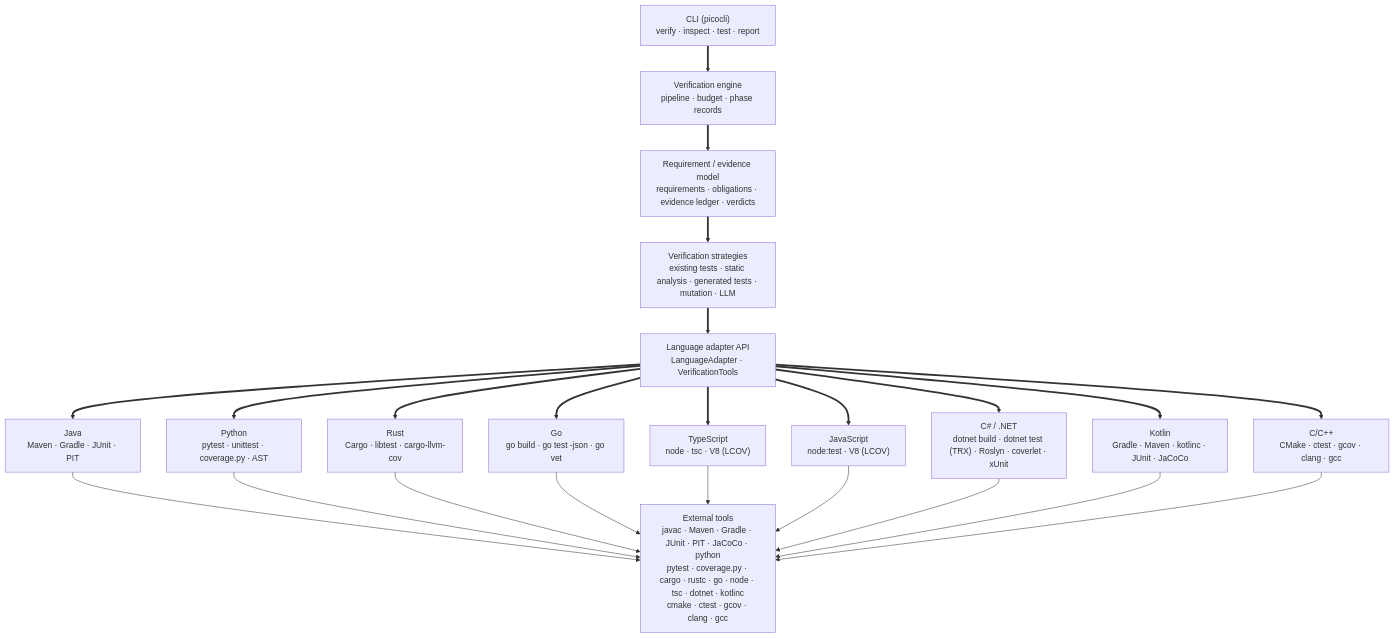
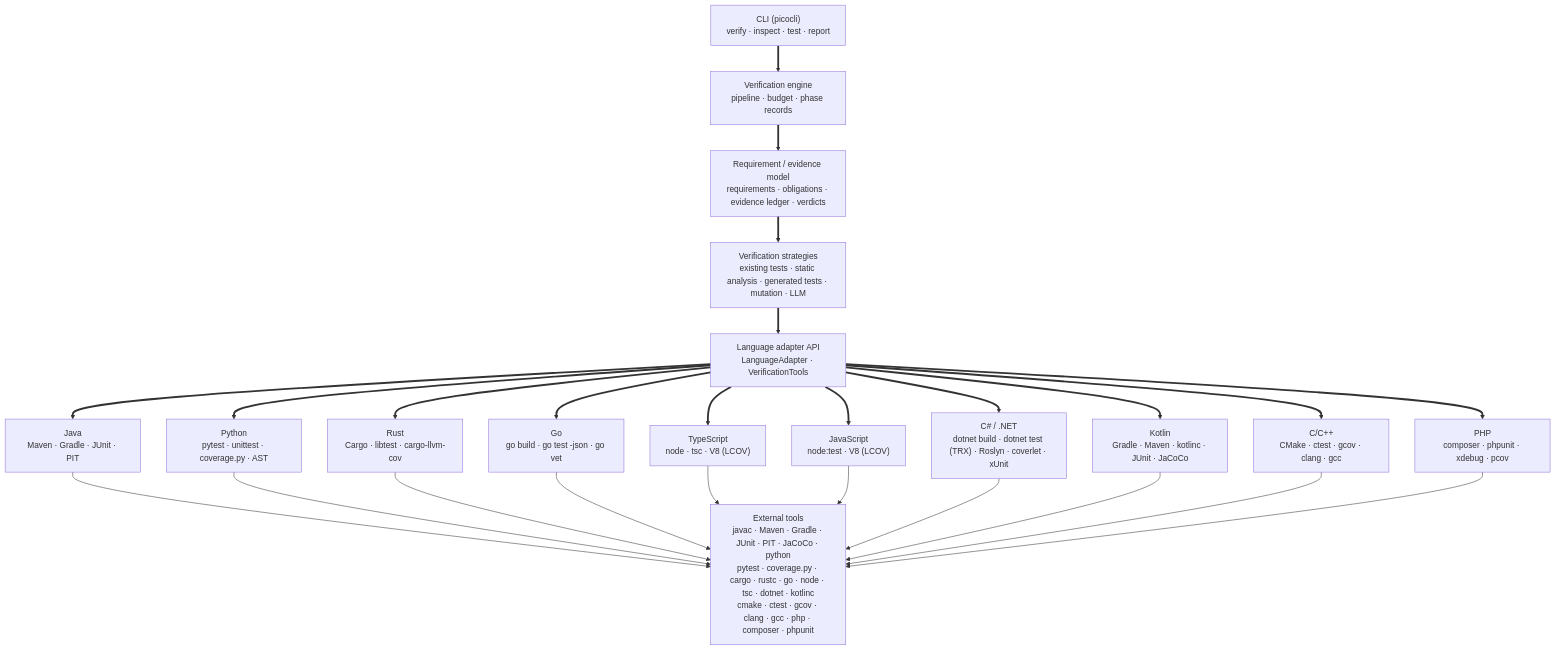
Before and after one commit to thread3d/codewitness: the diagram in ARCHITECTURE.md, drawn with Mermaid. The commit also changed other lines of this file and 64 other files, not shown here.

````diff
--- a/ARCHITECTURE.md
+++ b/ARCHITECTURE.md
@@ -37,40 +37,43 @@
 ```mermaid
 flowchart TD
     CLI["CLI (picocli)<br/>verify · inspect · test · report"]
     ENGINE["Verification engine<br/>pipeline · budget · phase records"]
     MODEL["Requirement / evidence model<br/>requirements · obligations · evidence ledger · verdicts"]
     STRATEGIES["Verification strategies<br/>existing tests · static analysis · generated tests · mutation · LLM"]
     SPI["Language adapter API<br/>LanguageAdapter · VerificationTools"]
 
     JAVA["Java<br/>Maven · Gradle · JUnit · PIT"]
     PYTHON["Python<br/>pytest · unittest · coverage.py · AST"]
     RUST["Rust<br/>Cargo · libtest · cargo-llvm-cov"]
     GO["Go<br/>go build · go test -json · go vet"]
     TS["TypeScript<br/>node · tsc · V8 (LCOV)"]
     JS["JavaScript<br/>node:test · V8 (LCOV)"]
     CSHARP["C# / .NET<br/>dotnet build · dotnet test (TRX) · Roslyn · coverlet · xUnit"]
     KOTLIN["Kotlin<br/>Gradle · Maven · kotlinc · JUnit · JaCoCo"]
     CPP["C/C++<br/>CMake · ctest · gcov · clang · gcc"]
+    PHP["PHP<br/>composer · phpunit · xdebug · pcov"]
 
-    TOOLS["External tools<br/>javac · Maven · Gradle · JUnit · PIT · JaCoCo · python<br/>pytest · coverage.py · cargo · rustc · go · node · tsc · dotnet · kotlinc<br/>cmake · ctest · gcov · clang · gcc"]
+    TOOLS["External tools<br/>javac · Maven · Gradle · JUnit · PIT · JaCoCo · python<br/>pytest · coverage.py · cargo · rustc · go · node · tsc · dotnet · kotlinc<br/>cmake · ctest · gcov · clang · gcc · php · composer · phpunit"]
 
     CLI ==> ENGINE ==> MODEL ==> STRATEGIES ==> SPI
     SPI ==> JAVA
     SPI ==> PYTHON
     SPI ==> RUST
     SPI ==> GO
     SPI ==> TS
     SPI ==> JS
     SPI ==> CSHARP
     SPI ==> KOTLIN
     SPI ==> CPP
+    SPI ==> PHP
     JAVA --> TOOLS
     PYTHON --> TOOLS
     RUST --> TOOLS
     GO --> TOOLS
     TS --> TOOLS
     JS --> TOOLS
     CSHARP --> TOOLS
     KOTLIN --> TOOLS
     CPP --> TOOLS
+    PHP --> TOOLS
 ```
````
